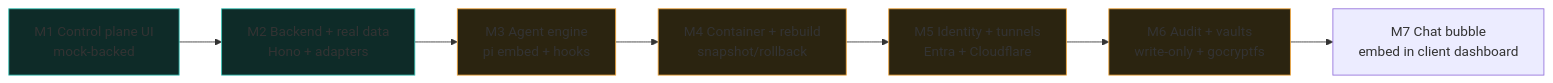
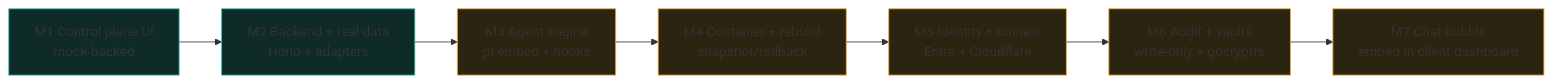
The diagram in docs/reference/prd/PRD-000-product-shape.md (DreamLab-AI/docBox), drawn with Mermaid before and after one commit. The commit also changed other lines of this file and 14 other files, not shown here.

````diff
--- a/docs/reference/prd/PRD-000-product-shape.md
+++ b/docs/reference/prd/PRD-000-product-shape.md
@@ -31,14 +31,14 @@
 ```mermaid
 flowchart LR
   M1[M1 Control plane UI\nmock-backed] --> M2[M2 Backend + real data\nHono + adapters]
   M2 --> M3[M3 Agent engine\npi embed + hooks]
   M3 --> M4[M4 Container + rebuild\nsnapshot/rollback]
   M4 --> M5[M5 Identity + tunnels\nEntra + Cloudflare]
   M5 --> M6[M6 Audit + vaults\nwrite-only + gocryptfs]
   M6 --> M7[M7 Chat bubble\nembed in client dashboard]
   classDef done fill:#0e2b28,stroke:#33c2b4;
   classDef active fill:#2b2410,stroke:#f0a53a;
   class M1 done;
   class M2 done;
-  class M3,M4,M5,M6 active;
+  class M3,M4,M5,M6,M7 active;
 ```
````
